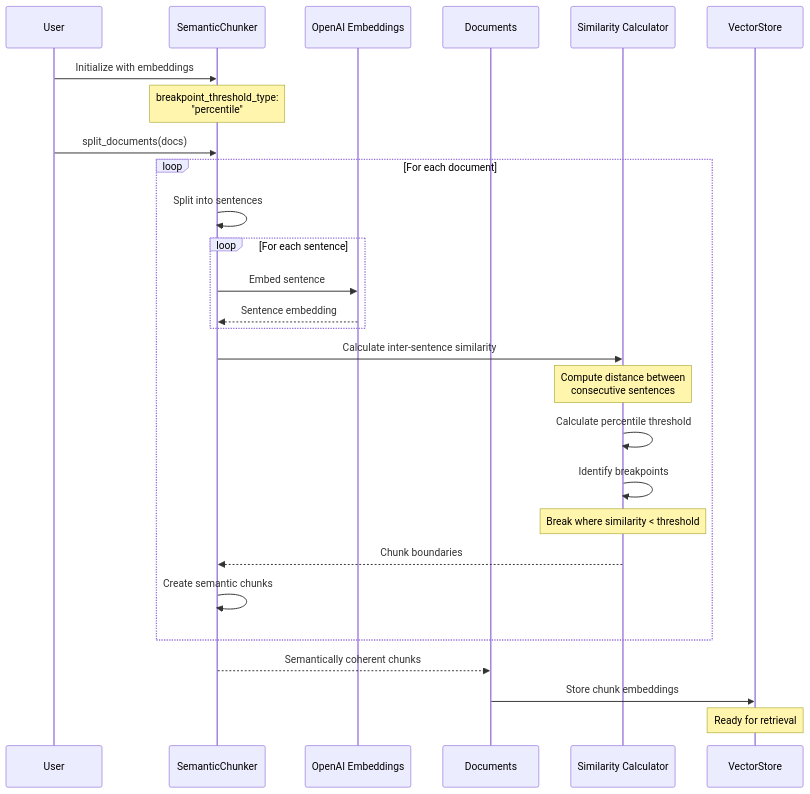
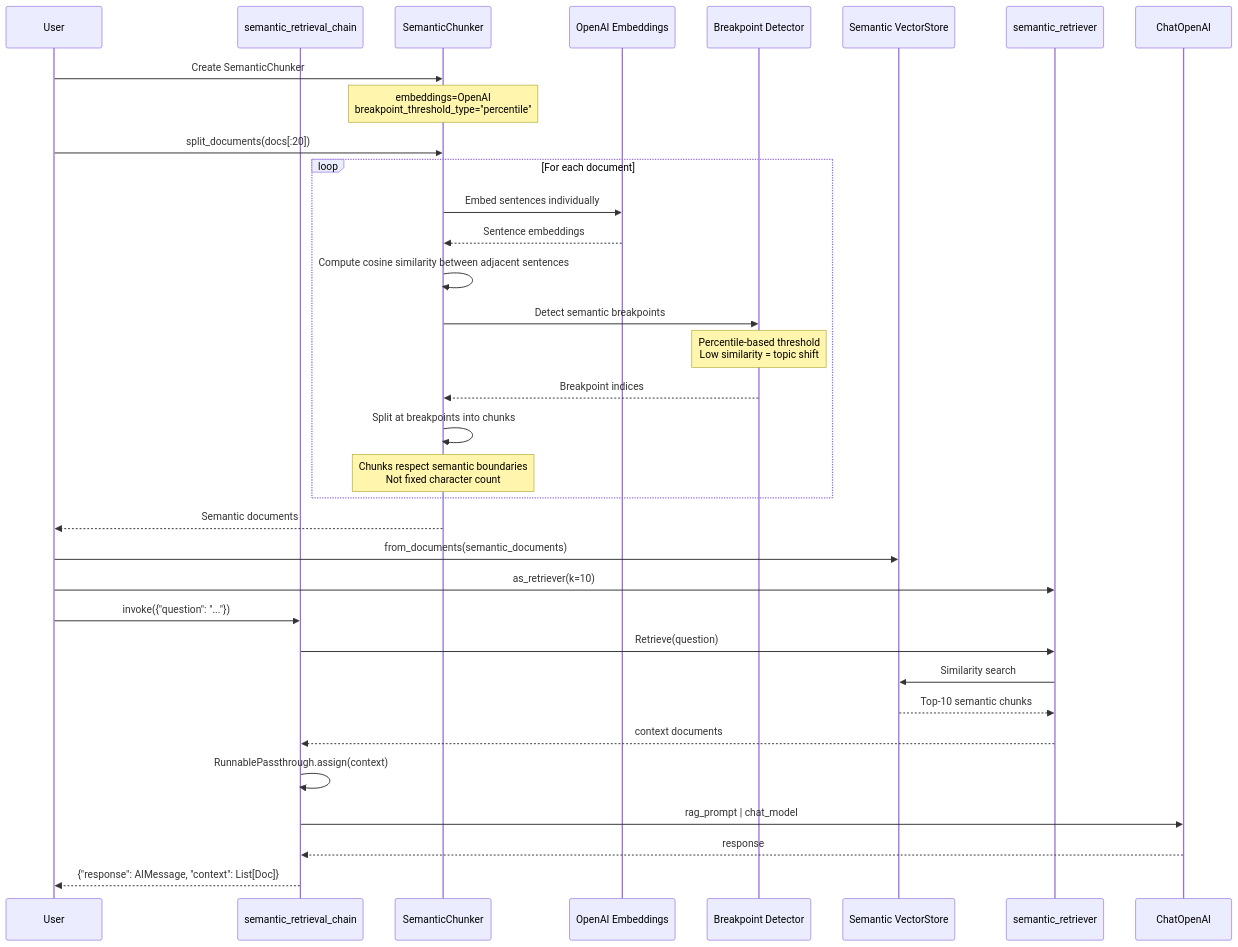
The tenth of 12 diagrams in architecture/docs/03_data_flows.md (don-aie-cohort8/aie8-s09-adv-retrieval), drawn with Mermaid before and after one commit. The commit also changed other lines of this file and 11 other files, not shown here.

````diff
--- a/architecture/docs/03_data_flows.md
+++ b/architecture/docs/03_data_flows.md
@@ -482,37 +557,45 @@
 ```mermaid
 sequenceDiagram
     participant User
-    participant SemanticChunker
-    participant Embeddings as OpenAI Embeddings
-    participant Documents
-    participant SimilarityCalc as Similarity Calculator
-    participant VectorStore
+    participant Chain as semantic_retrieval_chain
+    participant SC as SemanticChunker
+    participant Emb as OpenAI Embeddings
+    participant Breakpoint as Breakpoint Detector
+    participant VS as Semantic VectorStore
+    participant Ret as semantic_retriever
+    participant LLM as ChatOpenAI
 
-    User->>SemanticChunker: Initialize with embeddings
-    Note over SemanticChunker: breakpoint_threshold_type:<br/>"percentile"
+    User->>SC: Create SemanticChunker
+    Note over SC: embeddings=OpenAI<br/>breakpoint_threshold_type="percentile"
 
-    User->>SemanticChunker: split_documents(docs)
+    User->>SC: split_documents(docs[:20])
 
     loop For each document
-        SemanticChunker->>SemanticChunker: Split into sentences
+        SC->>Emb: Embed sentences individually
+        Emb-->>SC: Sentence embeddings
 
-        loop For each sentence
-            SemanticChunker->>Embeddings: Embed sentence
-            Embeddings-->>SemanticChunker: Sentence embedding
-        end
+        SC->>SC: Compute cosine similarity between adjacent sentences
+        SC->>Breakpoint: Detect semantic breakpoints
+        Note over Breakpoint: Percentile-based threshold<br/>Low similarity = topic shift
+        Breakpoint-->>SC: Breakpoint indices
 
-        SemanticChunker->>SimilarityCalc: Calculate inter-sentence similarity
-        Note over SimilarityCalc: Compute distance between<br/>consecutive sentences
-
-        SimilarityCalc->>SimilarityCalc: Calculate percentile threshold
-        SimilarityCalc->>SimilarityCalc: Identify breakpoints
-        Note over SimilarityCalc: Break where similarity < threshold
-
-        SimilarityCalc-->>SemanticChunker: Chunk boundaries
-        SemanticChunker->>SemanticChunker: Create semantic chunks
+        SC->>SC: Split at breakpoints into chunks
+        Note over SC: Chunks respect semantic boundaries<br/>Not fixed character count
     end
 
-    SemanticChunker-->>Documents: Semantically coherent chunks
-    Documents->>VectorStore: Store chunk embeddings
-    Note over VectorStore: Ready for retrieval
+    SC-->>User: Semantic documents
+
+    User->>VS: from_documents(semantic_documents)
+    User->>Ret: as_retriever(k=10)
+
+    User->>Chain: invoke({"question": "..."})
+    Chain->>Ret: Retrieve(question)
+    Ret->>VS: Similarity search
+    VS-->>Ret: Top-10 semantic chunks
+    Ret-->>Chain: context documents
+
+    Chain->>Chain: RunnablePassthrough.assign(context)
+    Chain->>LLM: rag_prompt | chat_model
+    LLM-->>Chain: response
+    Chain-->>User: {"response": AIMessage, "context": List[Doc]}
 ```
````
